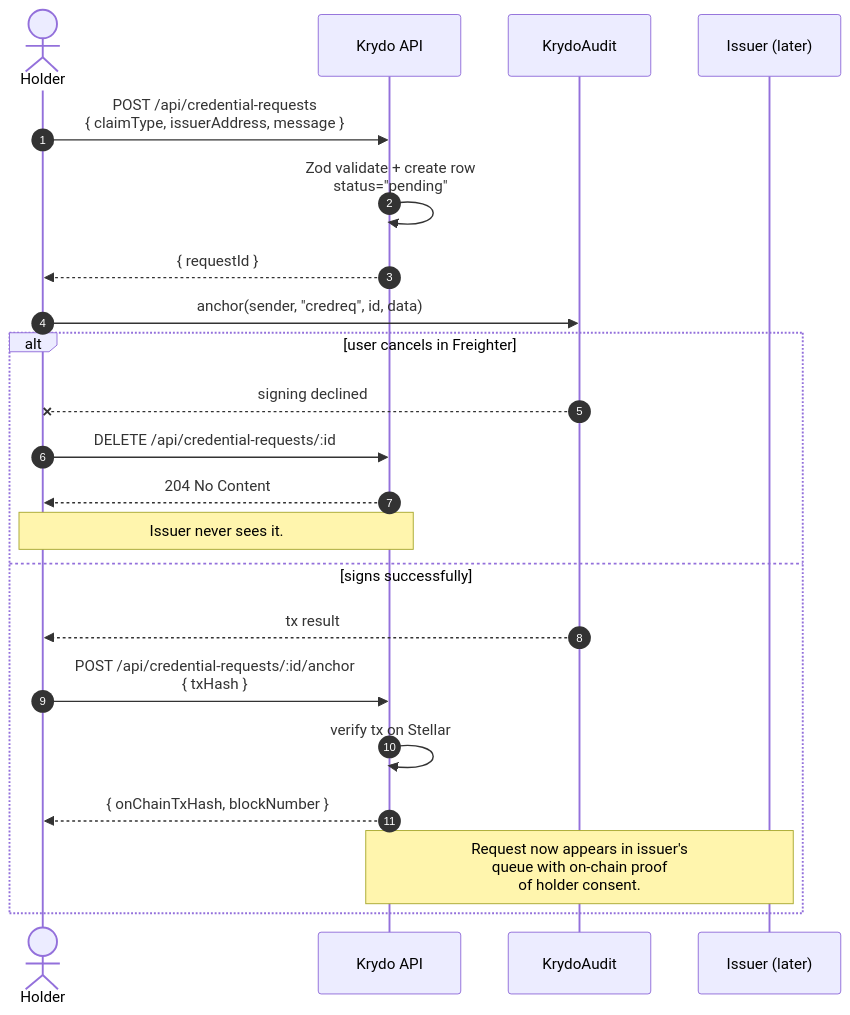
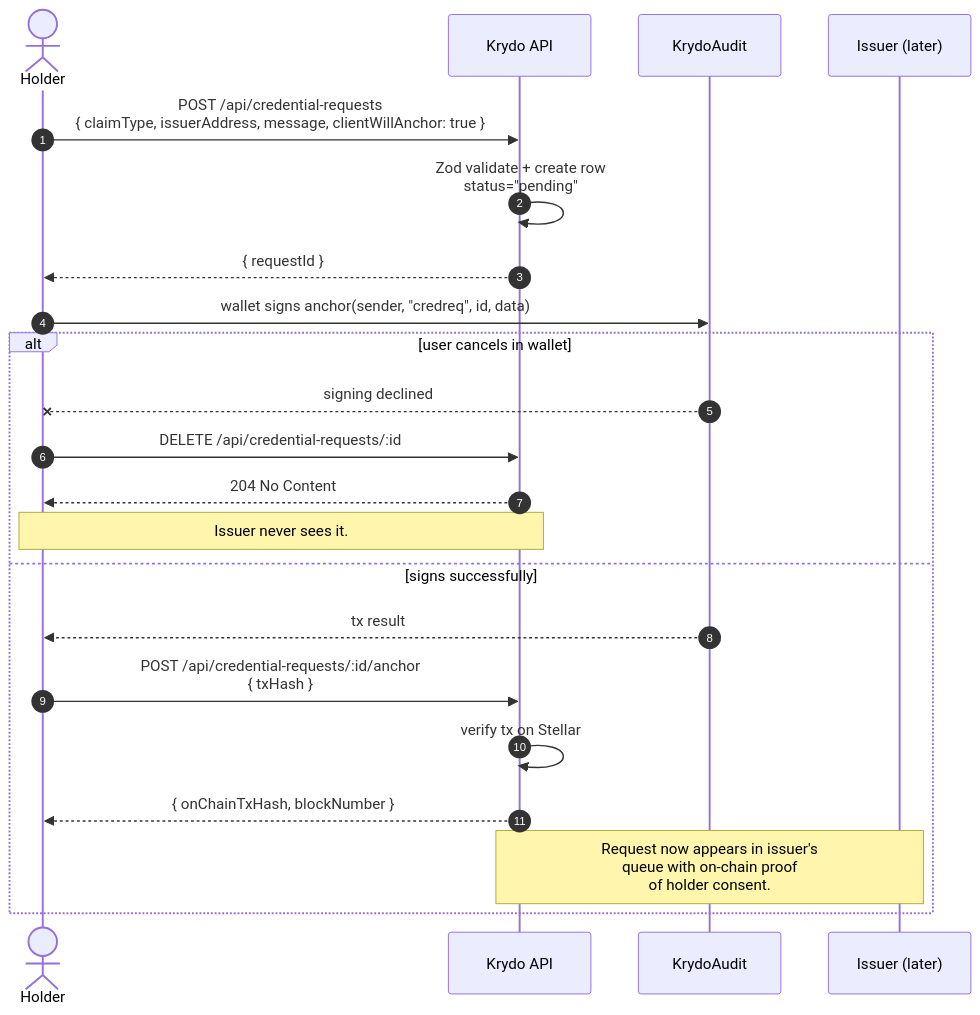
Before and after one commit to nishant-uxs/krydo-stellar: the ninth of 26 diagrams in DOCUMENTATION.md, drawn with Mermaid. The commit also changed other lines of this file and 2 other files, not shown here.

Commit message:
Align README and docs with wallet-signed Soroban flows.

````diff
--- a/DOCUMENTATION.md
+++ b/DOCUMENTATION.md
@@ -319,26 +329,26 @@
 ```mermaid
 sequenceDiagram
     autonumber
     actor H as Holder
     participant API as Krydo API
     participant AUD as KrydoAudit
     participant I as Issuer (later)
 
-    H->>API: POST /api/credential-requests<br/>{ claimType, issuerAddress, message }
+    H->>API: POST /api/credential-requests<br/>{ claimType, issuerAddress, message, clientWillAnchor: true }
     API->>API: Zod validate + create row<br/>status="pending"
     API-->>H: { requestId }
 
-    H->>AUD: anchor(sender, "credreq", id, data)
-    alt user cancels in Freighter
+    H->>AUD: wallet signs anchor(sender, "credreq", id, data)
+    alt user cancels in wallet
         AUD--xH: signing declined
         H->>API: DELETE /api/credential-requests/:id
         API-->>H: 204 No Content
         Note over H,API: Issuer never sees it.
     else signs successfully
         AUD-->>H: tx result
         H->>API: POST /api/credential-requests/:id/anchor<br/>{ txHash }
         API->>API: verify tx on Stellar
         API-->>H: { onChainTxHash, blockNumber }
         Note over API,I: Request now appears in issuer's<br/>queue with on-chain proof<br/>of holder consent.
     end
 ```
````
